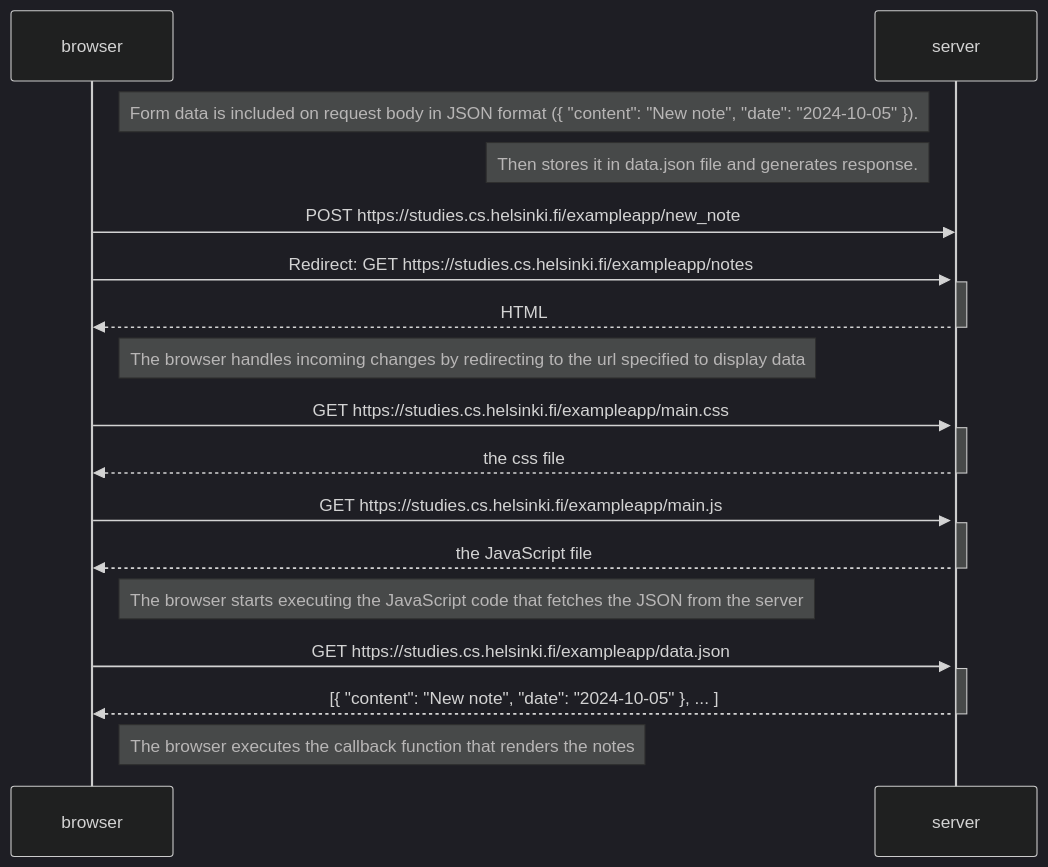
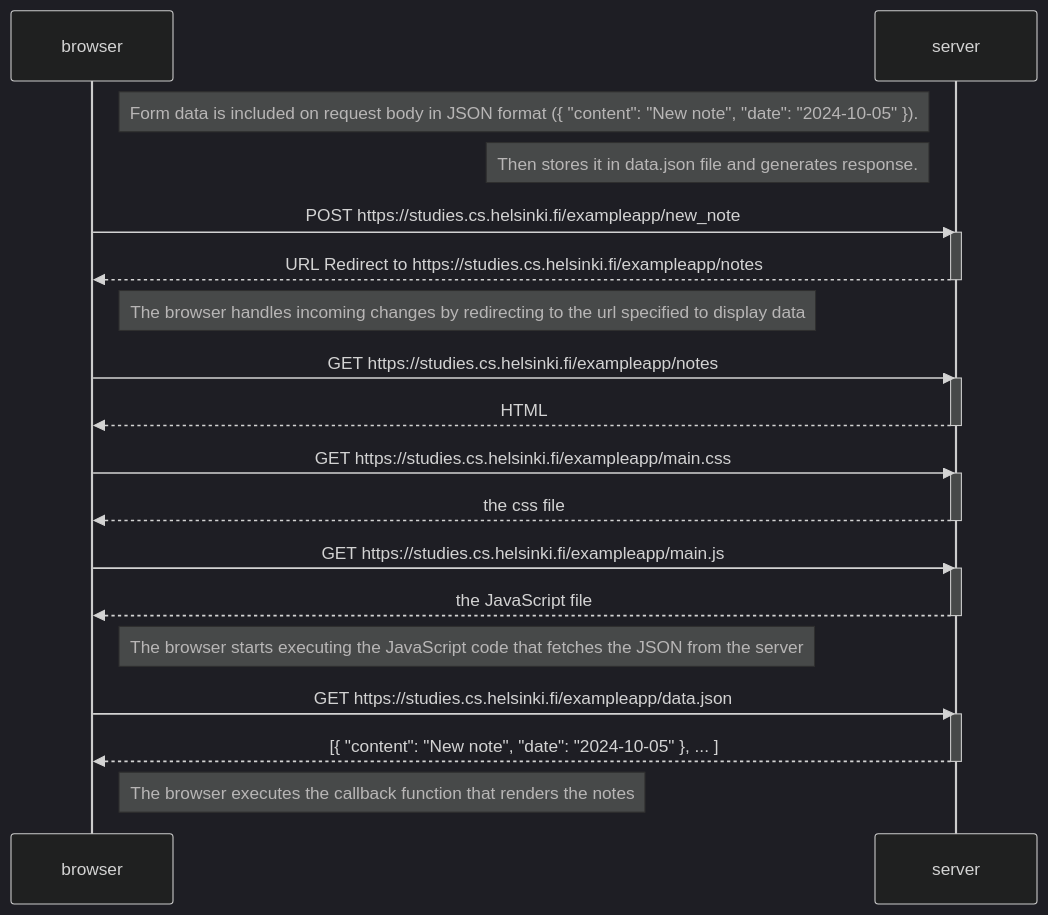
Before and after one commit to williford-abunas/fullstackopen: the diagram in part0/0.4-New note diagram.md, drawn with Mermaid (dark theme).

Commit message:
Update 0.4-New note diagram.md

````diff
--- a/part0/0.4-New note diagram.md
+++ b/part0/0.4-New note diagram.md
@@ -3,39 +3,40 @@
 ```mermaid
 sequenceDiagram
     participant browser
     participant server
 
 Note left of server: Form data is included on request body in JSON format ({ "content": "New note", "date": "2024-10-05" }).
 Note left of server: Then stores it in data.json file and generates response.
 
 
     browser->>server: POST https://studies.cs.helsinki.fi/exampleapp/new_note
     activate server
-    browser->>server: Redirect: GET https://studies.cs.helsinki.fi/exampleapp/notes
-    activate server
-    server-->>browser: HTML
+    server-->>browser: URL Redirect to https://studies.cs.helsinki.fi/exampleapp/notes
     deactivate server
 
 Note right of browser: The browser handles incoming changes by redirecting to the url specified to display data
 
-    
+    browser->>server: GET https://studies.cs.helsinki.fi/exampleapp/notes
+    activate server
+    server-->>browser: HTML
+    deactivate server
 
     browser->>server: GET https://studies.cs.helsinki.fi/exampleapp/main.css
     activate server
     server-->>browser: the css file
     deactivate server
 
     browser->>server: GET https://studies.cs.helsinki.fi/exampleapp/main.js
     activate server
     server-->>browser: the JavaScript file
     deactivate server
 
     Note right of browser: The browser starts executing the JavaScript code that fetches the JSON from the server
 
     browser->>server: GET https://studies.cs.helsinki.fi/exampleapp/data.json
     activate server
     server-->>browser: [{ "content": "New note", "date": "2024-10-05" }, ... ]
     deactivate server
 
     Note right of browser: The browser executes the callback function that renders the notes
 ```
````
